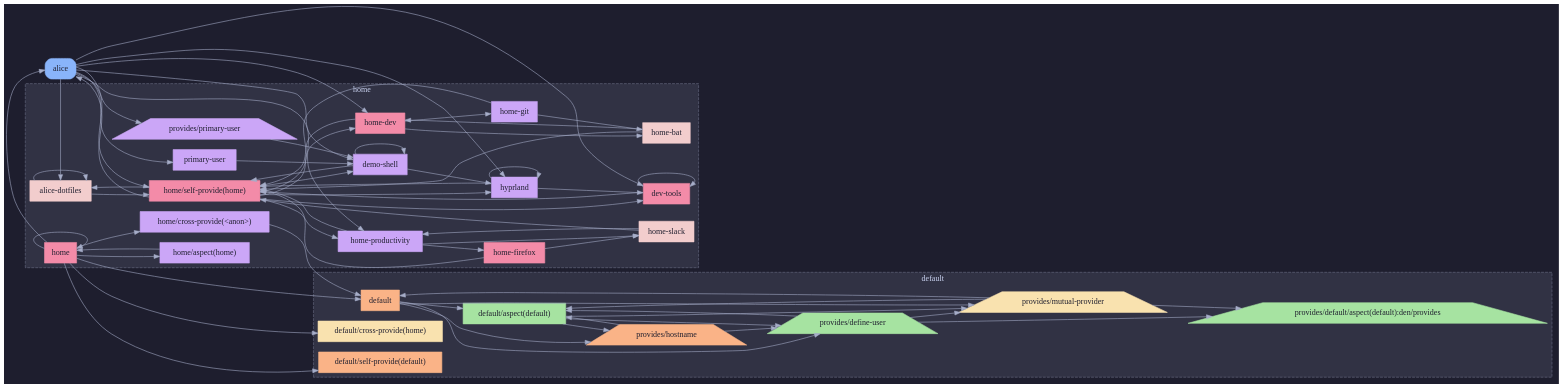
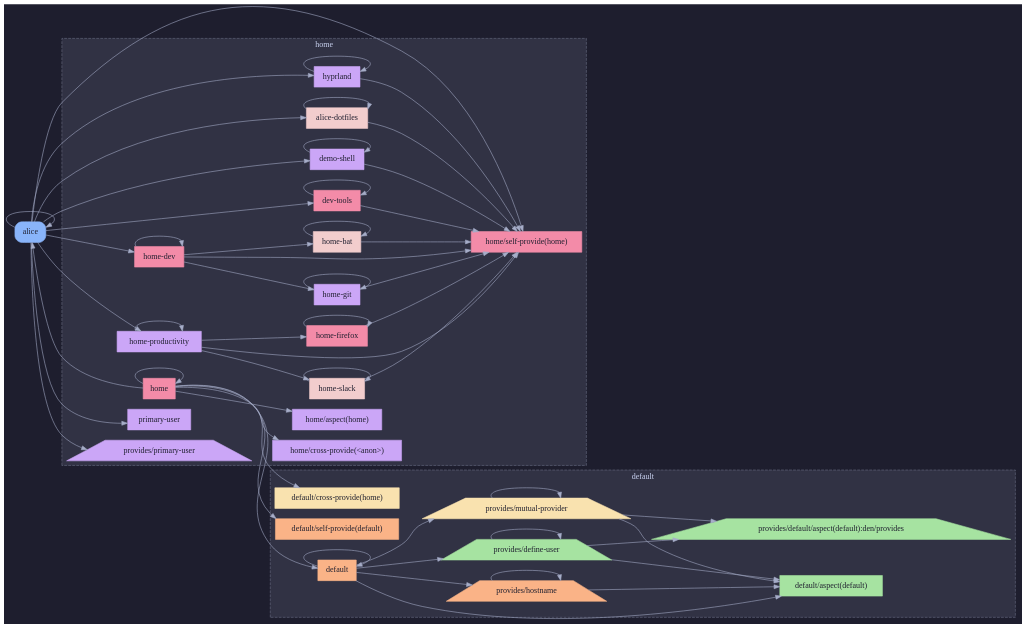
One commit to sini/den changed the second of 3 diagrams in templates/diag-fx-demo/diagrams/home-alice-at-laptop-dag.md. Above: the diagram before and after it, drawn with Graphviz. The commit also changed other lines of this file and 849 other files, not shown here.

Commit message:
chore: update fx diagrams

````diff
--- a/templates/diag-fx-demo/diagrams/home-alice-at-laptop-dag.md
+++ b/templates/diag-fx-demo/diagrams/home-alice-at-laptop-dag.md
@@ -187,6 +175,7 @@
   den__provides__mutual_provider [label="provides/mutual-provider",shape=trapezium,style=filled,fillcolor="#f9e2af",color="#f9e2af",fontcolor="#1e1e2e"];
   }
 
+  alice -> alice;
   alice -> alice_dotfiles;
   alice -> demo_shell;
   alice -> dev_tools;
@@ -198,25 +187,21 @@
   alice -> den__provides__primary_user;
   alice_dotfiles -> alice_dotfiles;
   alice_dotfiles -> home__self_provide_home_;
+  n_default -> n_default;
   n_default -> default__aspect_default_;
   n_default -> den__provides__define_user;
   n_default -> den__provides__hostname;
   n_default -> den__provides__mutual_provider;
-  default__aspect_default_ -> den__provides__define_user;
-  default__aspect_default_ -> den__provides__hostname;
-  default__aspect_default_ -> den__provides__mutual_provider;
   demo_shell -> demo_shell;
   demo_shell -> home__self_provide_home_;
-  demo_shell -> hyprland;
   den__provides__define_user -> default__aspect_default_;
   den__provides__define_user -> den__provides__default__aspect_default__den__provides;
-  den__provides__define_user -> den__provides__mutual_provider;
+  den__provides__define_user -> den__provides__define_user;
   den__provides__hostname -> default__aspect_default_;
-  den__provides__hostname -> den__provides__define_user;
-  den__provides__mutual_provider -> n_default;
+  den__provides__hostname -> den__provides__hostname;
   den__provides__mutual_provider -> default__aspect_default_;
   den__provides__mutual_provider -> den__provides__default__aspect_default__den__provides;
-  den__provides__primary_user -> demo_shell;
+  den__provides__mutual_provider -> den__provides__mutual_provider;
   dev_tools -> dev_tools;
   dev_tools -> home__self_provide_home_;
   home -> alice;
@@ -226,32 +211,23 @@
   home -> home;
   home -> home__aspect_home_;
   home -> home__cross_provide__anon__;
-  home_bat -> home_dev;
+  home_bat -> home_bat;
   home_bat -> home__self_provide_home_;
   home_dev -> home_bat;
+  home_dev -> home_dev;
   home_dev -> home_git;
   home_dev -> home__self_provide_home_;
-  home_firefox -> home_slack;
+  home_firefox -> home_firefox;
   home_firefox -> home__self_provide_home_;
-  home_git -> home_bat;
+  home_git -> home_git;
   home_git -> home__self_provide_home_;
   home_productivity -> home_firefox;
+  home_productivity -> home_productivity;
   home_productivity -> home_slack;
   home_productivity -> home__self_provide_home_;
-  home_slack -> home_productivity;
+  home_slack -> home_slack;
   home_slack -> home__self_provide_home_;
-  home__aspect_home_ -> home;
-  home__cross_provide__anon__ -> n_default;
-  home__self_provide_home_ -> alice;
-  home__self_provide_home_ -> alice_dotfiles;
-  home__self_provide_home_ -> demo_shell;
-  home__self_provide_home_ -> dev_tools;
-  home__self_provide_home_ -> home_dev;
-  home__self_provide_home_ -> home_productivity;
-  home__self_provide_home_ -> hyprland;
-  hyprland -> dev_tools;
   hyprland -> home__self_provide_home_;
   hyprland -> hyprland;
-  primary_user -> demo_shell;
 }
 ```
````
